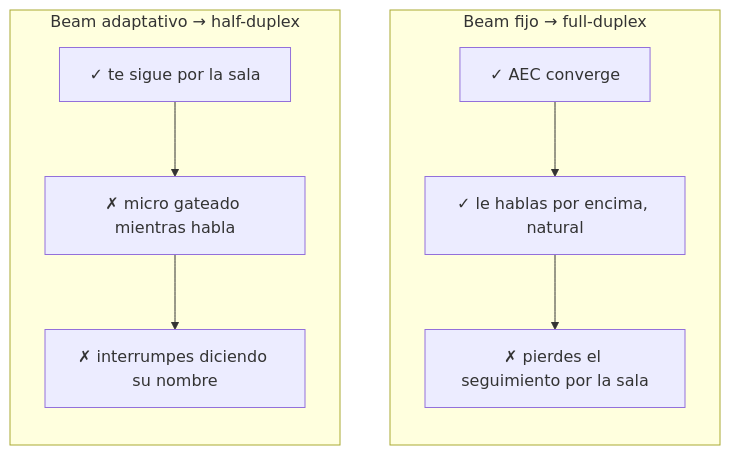
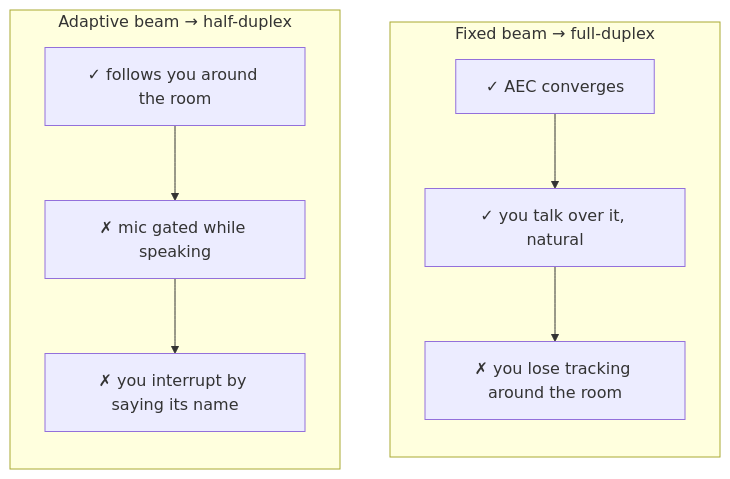
One commit to Zetesis-Labs/Sebastian changed the fourth of 4 diagrams in blog-1-aec-full-duplex.md. Above: the diagram before and after it, drawn with Mermaid. The commit also changed other lines of this file and 31 other files, not shown here.

````diff
--- a/blog-1-aec-full-duplex.md
+++ b/blog-1-aec-full-duplex.md
@@ -163,13 +163,13 @@
 ```mermaid
 flowchart TB
-    subgraph A["Beam fijo → full-duplex"]
+    subgraph A["Fixed beam → full-duplex"]
         direction TB
-        a1[✓ AEC converge] --> a2[✓ le hablas por encima, natural]
-        a2 --> a3[✗ pierdes el seguimiento por la sala]
+        a1[✓ AEC converges] --> a2[✓ you talk over it, natural]
+        a2 --> a3[✗ you lose tracking around the room]
     end
-    subgraph B["Beam adaptativo → half-duplex"]
+    subgraph B["Adaptive beam → half-duplex"]
         direction TB
-        b1[✓ te sigue por la sala] --> b2[✗ micro gateado mientras habla]
-        b2 --> b3[✗ interrumpes diciendo su nombre]
+        b1[✓ follows you around the room] --> b2[✗ mic gated while speaking]
+        b2 --> b3[✗ you interrupt by saying its name]
     end
 ```
````
